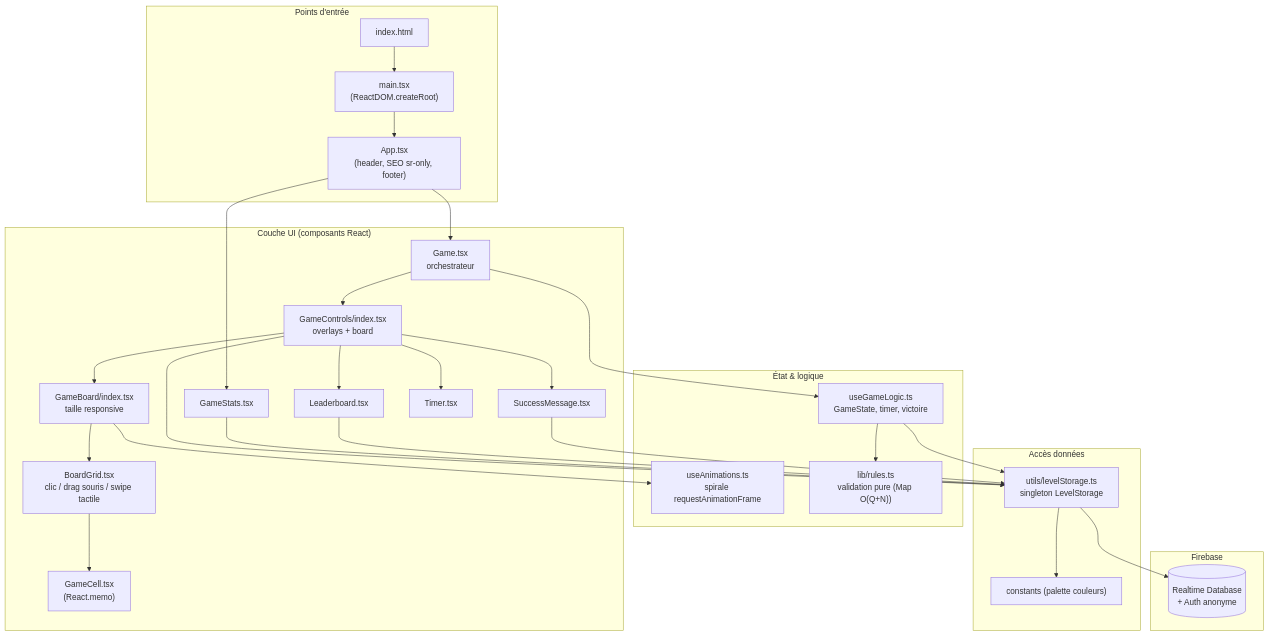
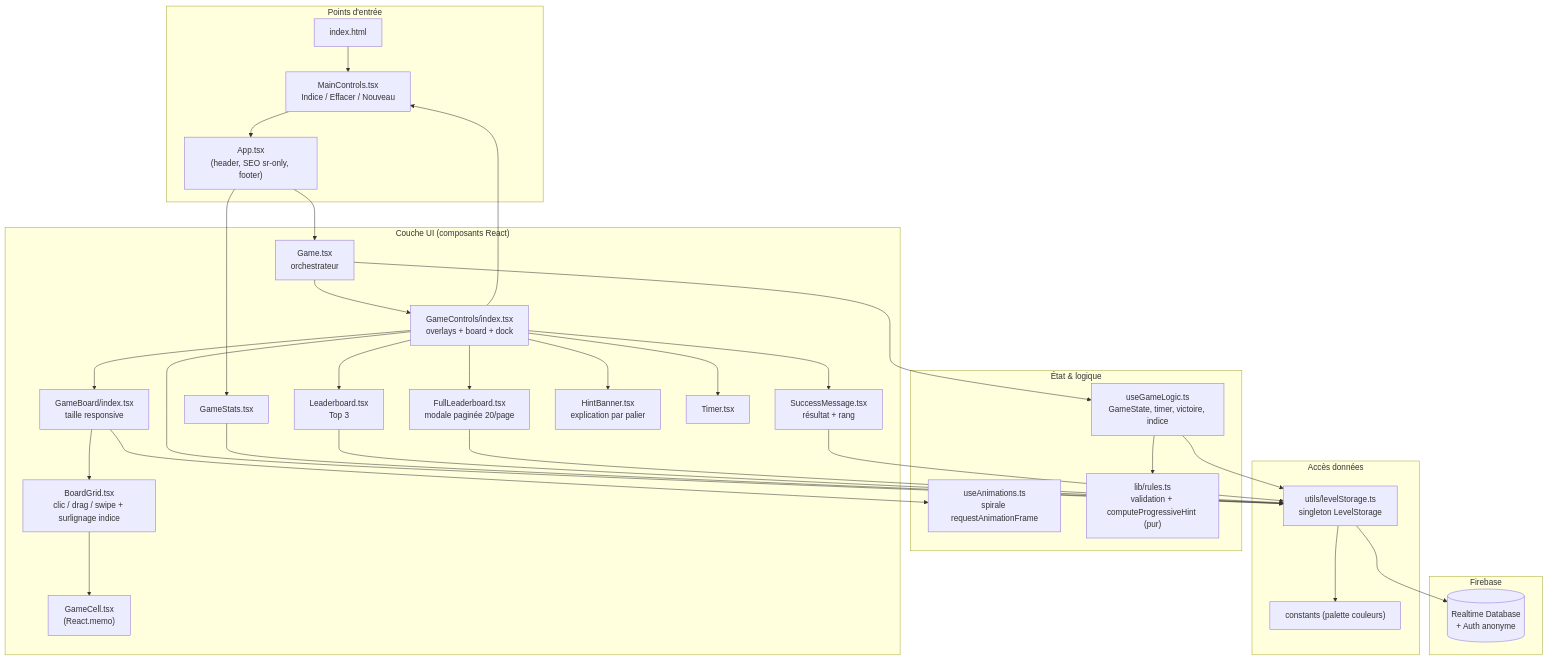
One commit to creach-t/queens-game-web changed the first of 4 diagrams in docs/ARCHITECTURE.md. Above: the diagram before and after it, drawn with Mermaid. The commit also changed other lines of this file and 1 other file, not shown here.

First line of the commit message:
docs: sync architecture graph and audit with hint + leaderboard features

````diff
--- a/docs/ARCHITECTURE.md
+++ b/docs/ARCHITECTURE.md
@@ -13,54 +13,61 @@
 ```mermaid
 flowchart TD
     subgraph Entry["Points d'entrée"]
         HTML["index.html"]
         MAIN["main.tsx<br/>(ReactDOM.createRoot)"]
         APP["App.tsx<br/>(header, SEO sr-only, footer)"]
     end
 
     subgraph UI["Couche UI (composants React)"]
         GAME["Game.tsx<br/>orchestrateur"]
-        GC["GameControls/index.tsx<br/>overlays + board"]
+        GC["GameControls/index.tsx<br/>overlays + board + dock"]
         BOARD["GameBoard/index.tsx<br/>taille responsive"]
-        GRID["BoardGrid.tsx<br/>clic / drag souris / swipe tactile"]
+        GRID["BoardGrid.tsx<br/>clic / drag / swipe + surlignage indice"]
         CELL["GameCell.tsx<br/>(React.memo)"]
         STATS["GameStats.tsx"]
-        LB["Leaderboard.tsx"]
-        SUCCESS["SuccessMessage.tsx"]
+        LB["Leaderboard.tsx<br/>Top 3"]
+        FULL["FullLeaderboard.tsx<br/>modale paginée 20/page"]
+        SUCCESS["SuccessMessage.tsx<br/>résultat + rang"]
+        MAIN["MainControls.tsx<br/>Indice / Effacer / Nouveau"]
+        HINT["HintBanner.tsx<br/>explication par palier"]
         TIMER["Timer.tsx"]
     end
 
     subgraph State["État & logique"]
-        HOOK["useGameLogic.ts<br/>GameState, timer, victoire"]
+        HOOK["useGameLogic.ts<br/>GameState, timer, victoire, indice"]
         ANIM["useAnimations.ts<br/>spirale requestAnimationFrame"]
-        RULES["lib/rules.ts<br/>validation pure (Map O(Q+N))"]
+        RULES["lib/rules.ts<br/>validation + computeProgressiveHint (pur)"]
     end
 
     subgraph Data["Accès données"]
         STORE["utils/levelStorage.ts<br/>singleton LevelStorage"]
         CONST["constants (palette couleurs)"]
     end
 
     subgraph Backend["Firebase"]
         FB[("Realtime Database<br/>+ Auth anonyme")]
     end
 
     HTML --> MAIN --> APP
     APP --> GAME
     APP --> STATS
     GAME --> HOOK
     GAME --> GC
     GC --> BOARD --> GRID --> CELL
     GC --> LB
+    GC --> FULL
+    GC --> MAIN
+    GC --> HINT
     GC --> SUCCESS
     GC --> TIMER
     BOARD --> ANIM
     HOOK --> RULES
     HOOK --> STORE
     GC --> STORE
     STATS --> STORE
     LB --> STORE
+    FULL --> STORE
     SUCCESS --> STORE
     STORE --> FB
     STORE --> CONST
 ```
````
